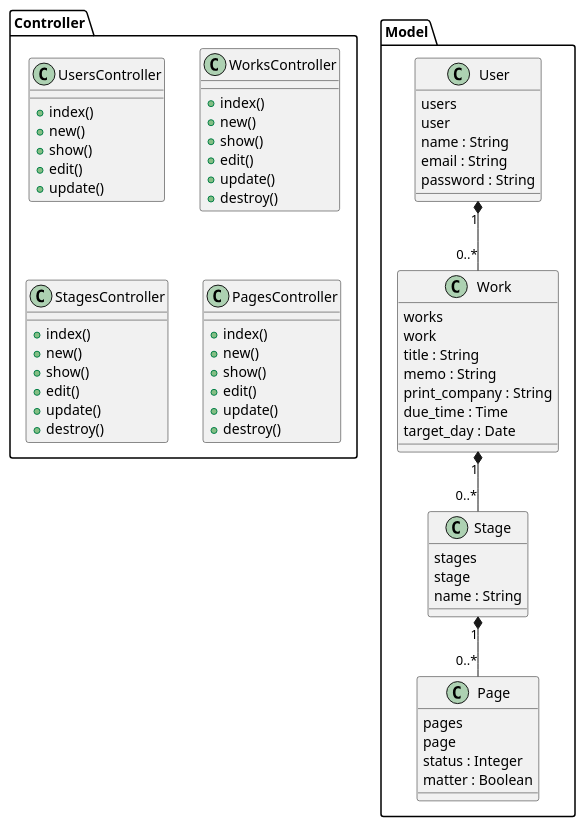
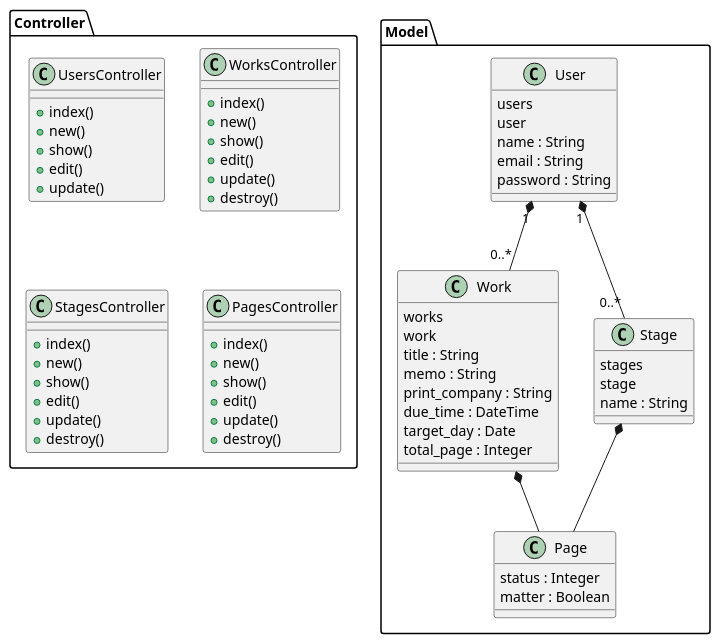
The diagram in gen.wsd (UsaMomokawa/gen), drawn with PlantUML before and after one commit. The commit also changed 4 other files, not shown here.

Commit message:
UML図を修正し、StageとPageテーブルを削除した

```diff
--- a/gen.wsd
+++ b/gen.wsd
@@ -1,76 +1,77 @@
 @startuml
 folder Model {
   User "1" *-- "0..*" Work
-  Work "1" *-- "0..*" Stage
-  Stage "1" *-- "0..*" Page
+  User "1" *-- "0..*" Stage
+  Work *-- Page
+  Stage *-- Page
 
   class User {
     users
     user
     name : String
     email : String
     password : String
   }
 
   class Work {
     works
     work
     title : String
     memo : String
     print_company : String
-    due_time : Time
+    due_time : DateTime
     target_day : Date
-  }
-
-  class Page {
-    pages
-    page
-    status : Integer
-    matter : Boolean
+    total_page : Integer
   }
 
   class Stage {
     stages
     stage
     name : String
   }
+
+  class Page {
+    status : Integer
+    matter : Boolean
+  }
+
 }
 
 folder Controller {
   class UsersController {
     +index()
     +new()
     +show()
     +edit()
     +update()
   }
 
   class WorksController {
     +index()
     +new()
     +show()
     +edit()
     +update()
     +destroy()
   }
 
   class StagesController {
     +index()
     +new()
     +show()
     +edit()
     +update()
     +destroy()
   }
 
   class PagesController {
     +index()
     +new()
     +show()
     +edit()
     +update()
     +destroy()
   }
 }
 
 @enduml
```
